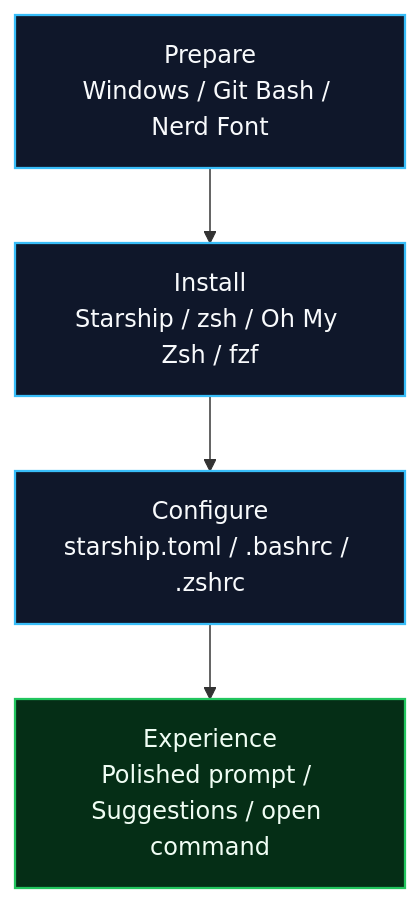
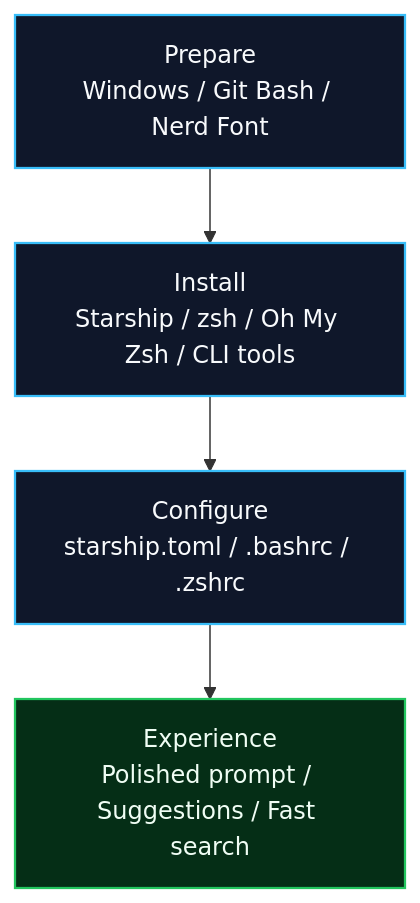
The diagram in README-EN.md (gyf-dev/windows-bash-zsh), drawn with Mermaid before and after one commit. The commit also changed other lines of this file and 6 other files, not shown here.

````diff
--- a/README-EN.md
+++ b/README-EN.md
@@ -34,15 +39,15 @@
 ```mermaid
 flowchart TB
   A["Prepare<br/>Windows / Git Bash / Nerd Font"]
-  B["Install<br/>Starship / zsh / Oh My Zsh / fzf"]
+  B["Install<br/>Starship / zsh / Oh My Zsh / CLI tools"]
   C["Configure<br/>starship.toml / .bashrc / .zshrc"]
-  D["Experience<br/>Polished prompt / Suggestions / open command"]
+  D["Experience<br/>Polished prompt / Suggestions / Fast search"]
 
   A --> B --> C --> D
 
   classDef step fill:#0f172a,stroke:#38bdf8,stroke-width:1.5px,color:#f8fafc
   classDef done fill:#052e16,stroke:#22c55e,stroke-width:1.5px,color:#f0fdf4
 
   class A,B,C step
   class D done
 ```
````
